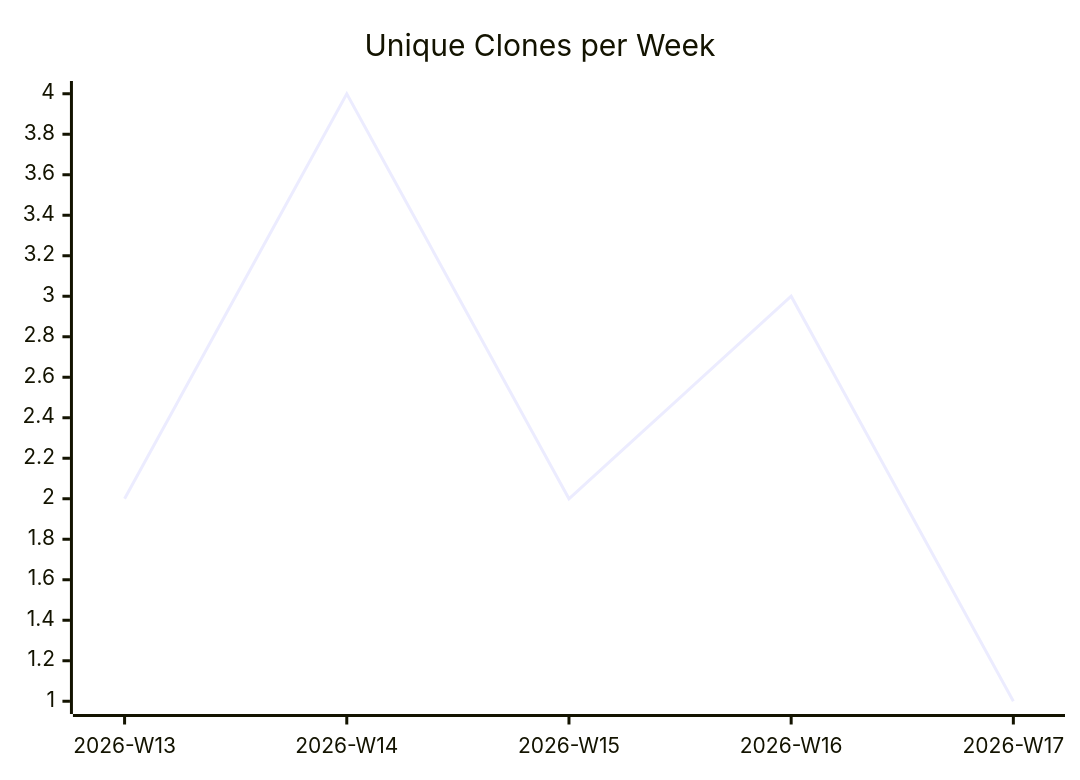
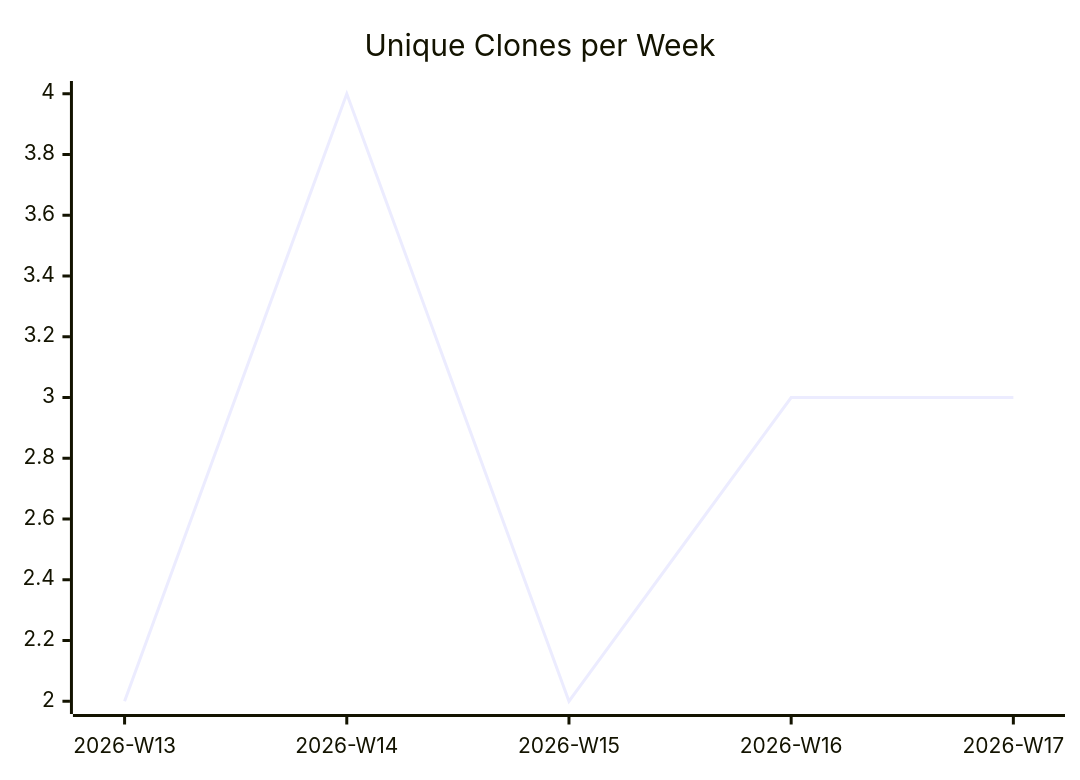
One commit to justdavis-family/github-analytics-data changed the third of 3 diagrams in karlmdavis/workstation-base-ansible-role/README.md. Above: the diagram before and after it, drawn with Mermaid. The commit also changed other lines of this file and 165 other files, not shown here.

````diff
--- a/karlmdavis/workstation-base-ansible-role/README.md
+++ b/karlmdavis/workstation-base-ansible-role/README.md
@@ -19,6 +19,6 @@
 ```mermaid
 xychart-beta
   title "Unique Clones per Week"
   x-axis ["2026-W13", "2026-W14", "2026-W15", "2026-W16", "2026-W17"]
-  line [2, 4, 2, 3, 1]
+  line [2, 4, 2, 3, 3]
 ```
````
